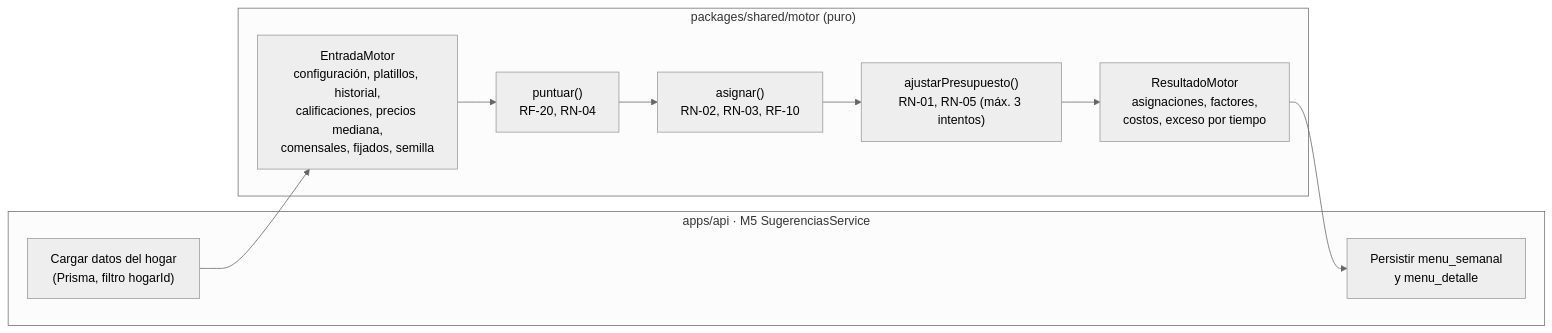
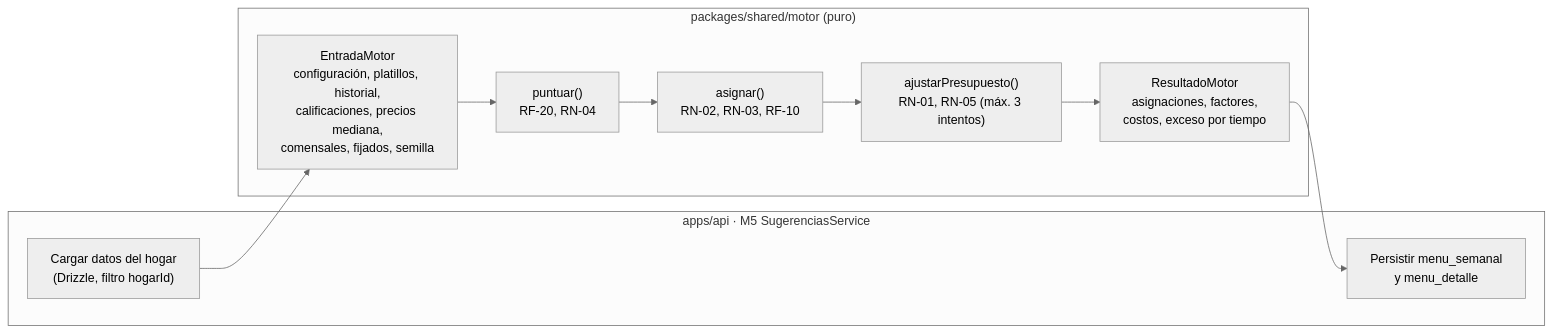
Before and after one commit to devrenerosales/App_Comidas: the fifth of 5 diagrams in docs/02-diseno/arquitectura.md, drawn with Mermaid (neutral theme). The commit also changed other lines of this file and 27 other files, not shown here.

````diff
--- a/docs/02-diseno/arquitectura.md
+++ b/docs/02-diseno/arquitectura.md
@@ -248,17 +246,17 @@
 ```mermaid
 flowchart LR
   subgraph API["apps/api · M5 SugerenciasService"]
-    L["Cargar datos del hogar<br>(Prisma, filtro hogarId)"]
+    L["Cargar datos del hogar<br>(Drizzle, filtro hogarId)"]
     P["Persistir menu_semanal<br>y menu_detalle"]
   end
 
   subgraph MOTOR["packages/shared/motor (puro)"]
     E["EntradaMotor<br>configuración, platillos, historial,<br>calificaciones, precios mediana,<br>comensales, fijados, semilla"]
     S["puntuar()<br>RF-20, RN-04"]
     A["asignar()<br>RN-02, RN-03, RF-10"]
     B["ajustarPresupuesto()<br>RN-01, RN-05 (máx. 3 intentos)"]
     R["ResultadoMotor<br>asignaciones, factores,<br>costos, exceso por tiempo"]
   end
 
   L --> E --> S --> A --> B --> R --> P
 ```
````
